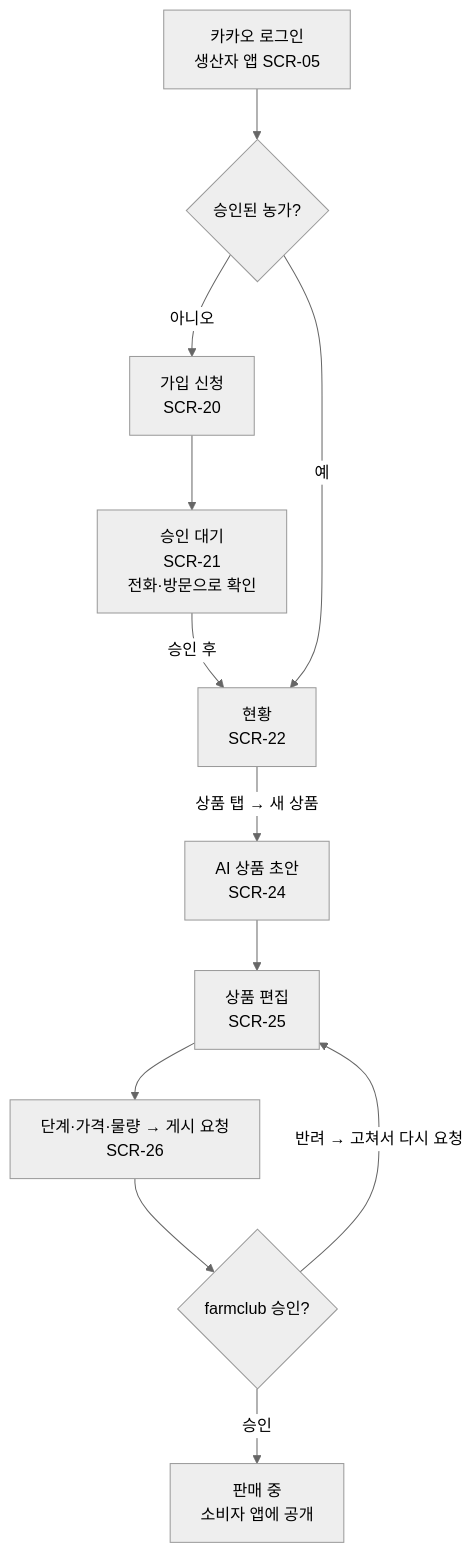
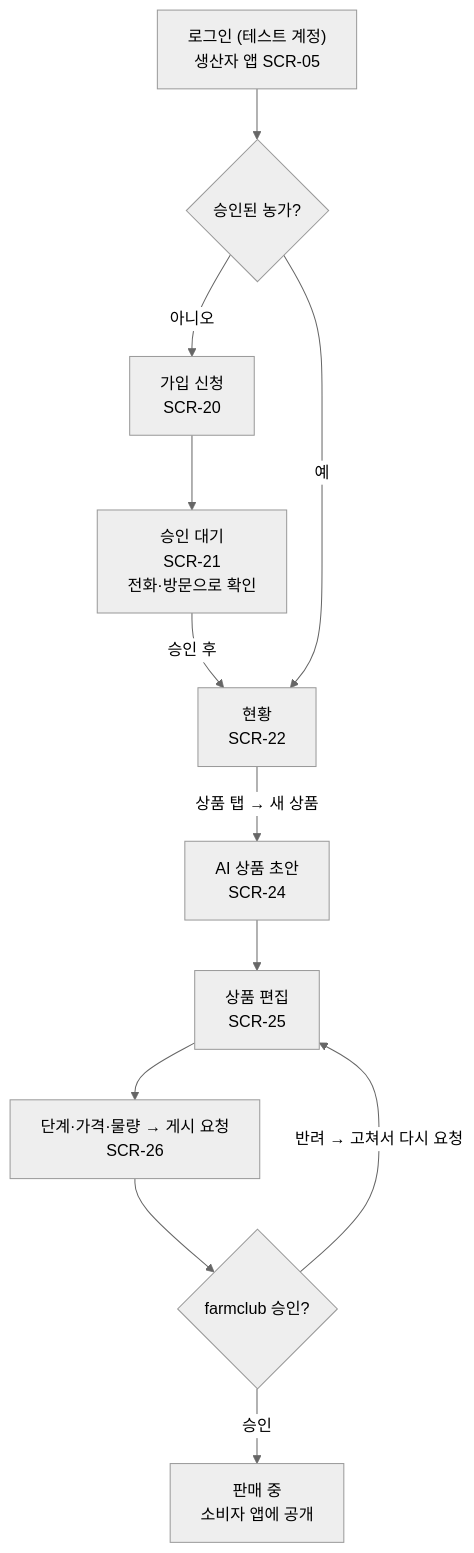
The third of 4 diagrams in docs/spec/ia.md (snuhcs-course/swpp-2026-project-team-06), drawn with Mermaid (neutral theme) before and after one commit. The commit also changed other lines of this file, not shown here.

Commit message:
docs(spec): ia.md — 소비자 탭·홈·소식(SCR-18)·채팅 레이블·Mock 로그인 반영 (SWPP-26)

````diff
--- a/docs/spec/ia.md
+++ b/docs/spec/ia.md
@@ -189,11 +204,11 @@
 ```mermaid
 flowchart TD
-  a["카카오 로그인<br/>생산자 앱 SCR-05"] --> d1{"승인된 농가?"}
+  a["로그인 (테스트 계정)<br/>생산자 앱 SCR-05"] --> d1{"승인된 농가?"}
   d1 -- 아니오 --> b["가입 신청<br/>SCR-20"] --> c["승인 대기<br/>SCR-21<br/>전화·방문으로 확인"]
   c -- 승인 후 --> h["현황<br/>SCR-22"]
   d1 -- 예 --> h
   h -- 상품 탭 → 새 상품 --> dr["AI 상품 초안<br/>SCR-24"] --> ed["상품 편집<br/>SCR-25"] --> st["단계·가격·물량 → 게시 요청<br/>SCR-26"]
   st --> d2{"farmclub 승인?"}
   d2 -- 반려 → 고쳐서 다시 요청 --> ed
   d2 -- 승인 --> live["판매 중<br/>소비자 앱에 공개"]
 ```
````
